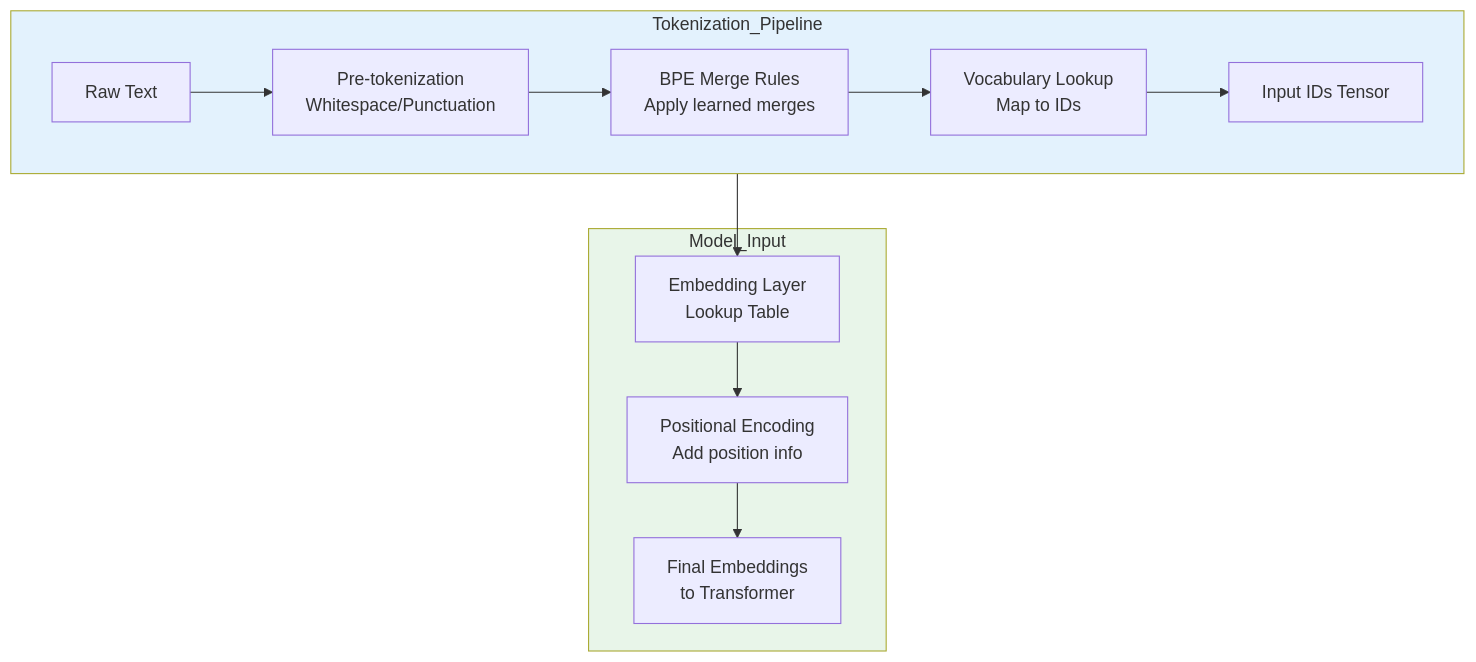
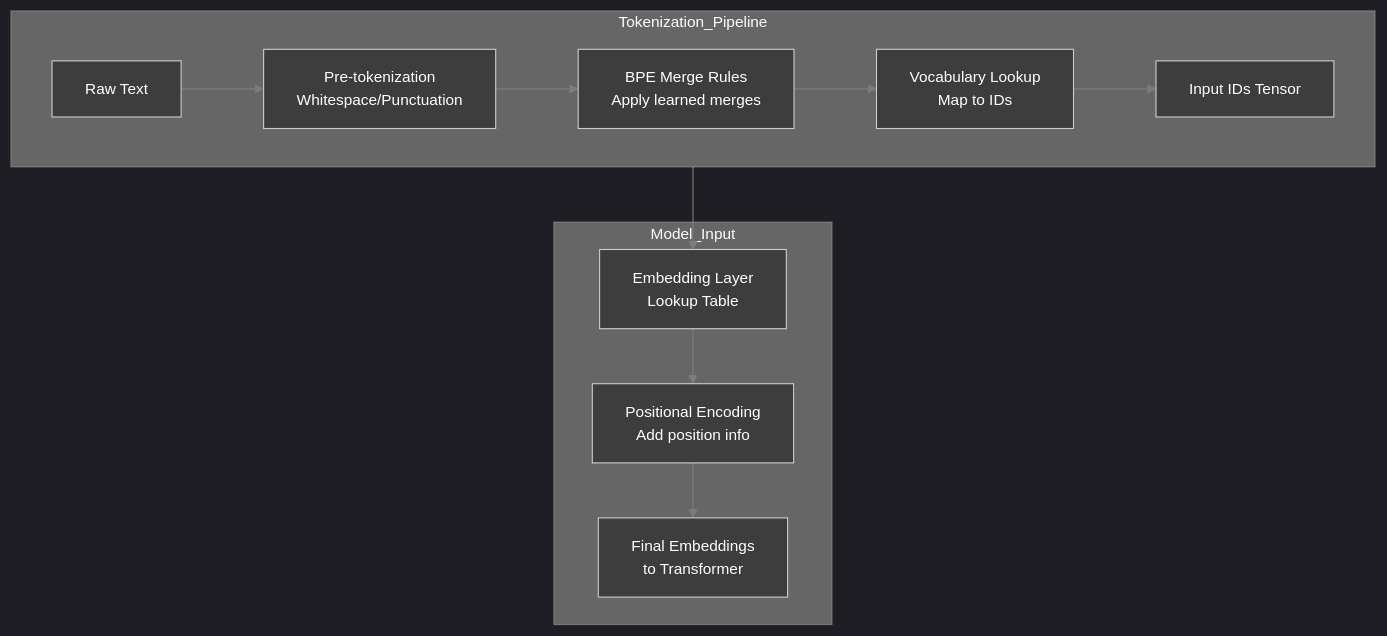
Before and after one commit to Shahriarin2garden/vllm_from_scratch: the second of 14 diagrams in lab0.1/lab 0.111.md, drawn with Mermaid. The commit also changed other lines of this file and 2 other files, not shown here.

````diff
--- a/lab0.1/lab 0.111.md
+++ b/lab0.1/lab 0.111.md
@@ -306,19 +349,17 @@
 ```mermaid
+%%{init: {'theme':'dark', 'themeVariables': { 'primaryColor':'#3d3d3d','primaryTextColor':'#fff','primaryBorderColor':'#7c7c7c','lineColor':'#7c7c7c','secondaryColor':'#4a4a4a','tertiaryColor':'#3d3d3d','background':'#2d2d2d','mainBkg':'#3d3d3d','secondBkg':'#4a4a4a','textColor':'#fff','fontSize':'14px'}}}%%
 graph TB
     subgraph Tokenization_Pipeline
         direction LR
         T1[Raw Text] --> T2[Pre-tokenization<br/>Whitespace/Punctuation]
         T2 --> T3[BPE Merge Rules<br/>Apply learned merges]
         T3 --> T4[Vocabulary Lookup<br/>Map to IDs]
         T4 --> T5[Input IDs Tensor]
     end
 
     subgraph Model_Input
         T5 --> E1[Embedding Layer<br/>Lookup Table]
         E1 --> E2[Positional Encoding<br/>Add position info]
         E2 --> E3[Final Embeddings<br/>to Transformer]
     end
-
-    style Tokenization_Pipeline fill:#e3f2fd
-    style Model_Input fill:#e8f5e9
 ```
````
